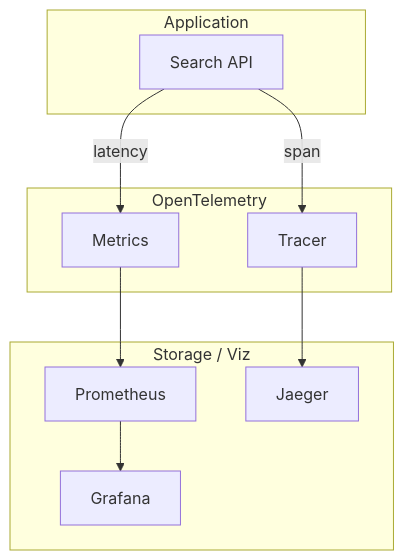
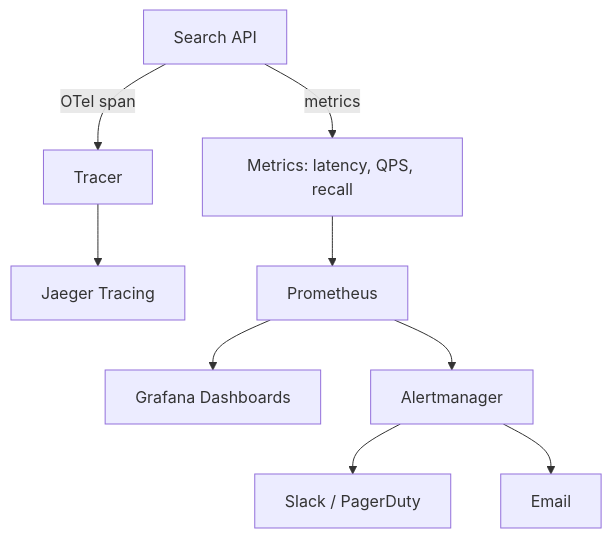
The third of 3 diagrams in SW-ML-AI Engineering/10 - Cloud, Infra y Backend/33 - Vector Databases and Semantic Search/10 - Advanced Patterns and Observability.md (Leito2/Learning), drawn with Mermaid before and after one commit. The commit also changed other lines of this file and 123 other files, not shown here.

````diff
--- a/SW-ML-AI Engineering/10 - Cloud, Infra y Backend/33 - Vector Databases and Semantic Search/10 - Advanced Patterns and Observability.md
+++ b/SW-ML-AI Engineering/10 - Cloud, Infra y Backend/33 - Vector Databases and Semantic Search/10 - Advanced Patterns and Observability.md
@@ -395,20 +251,11 @@
 ```mermaid
 flowchart TB
-    subgraph App["Application"]
-        A[Search API]
-    end
-    subgraph OTel["OpenTelemetry"]
-        T[Tracer]
-        M[Metrics]
-    end
-    subgraph Store["Storage / Viz"]
-        P[Prometheus]
-        G[Grafana]
-        J[Jaeger]
-    end
-    A -->|span| T
-    A -->|latency| M
-    T --> J
-    M --> P
-    P --> G
+    A[Search API] -->|OTel span| T[Tracer]
+    A -->|metrics| M[Metrics: latency, QPS, recall]
+    T --> J[Jaeger Tracing]
+    M --> P[Prometheus]
+    P --> G[Grafana Dashboards]
+    P --> AL[Alertmanager]
+    AL --> SL[Slack / PagerDuty]
+    AL --> EM[Email]
 ```
````
